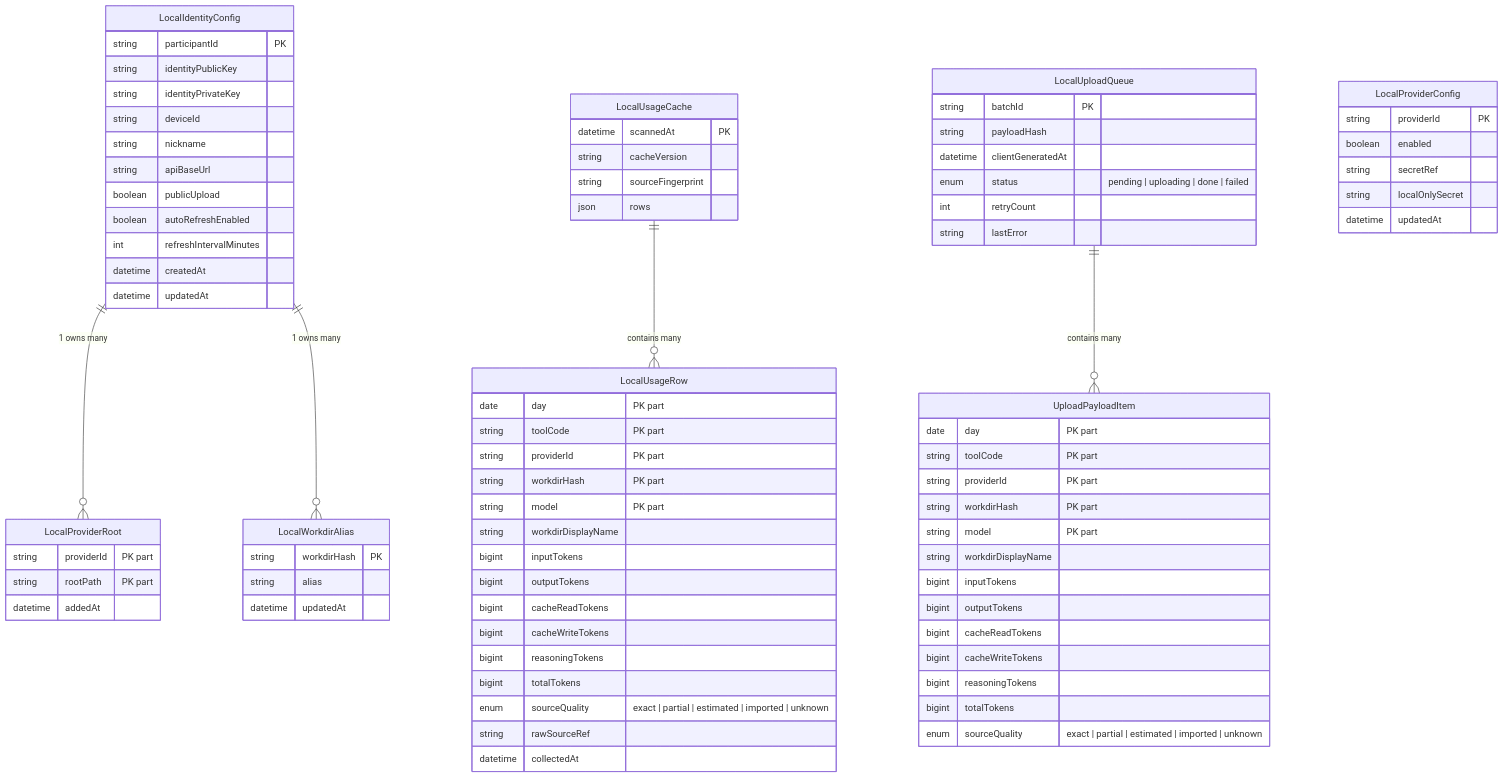
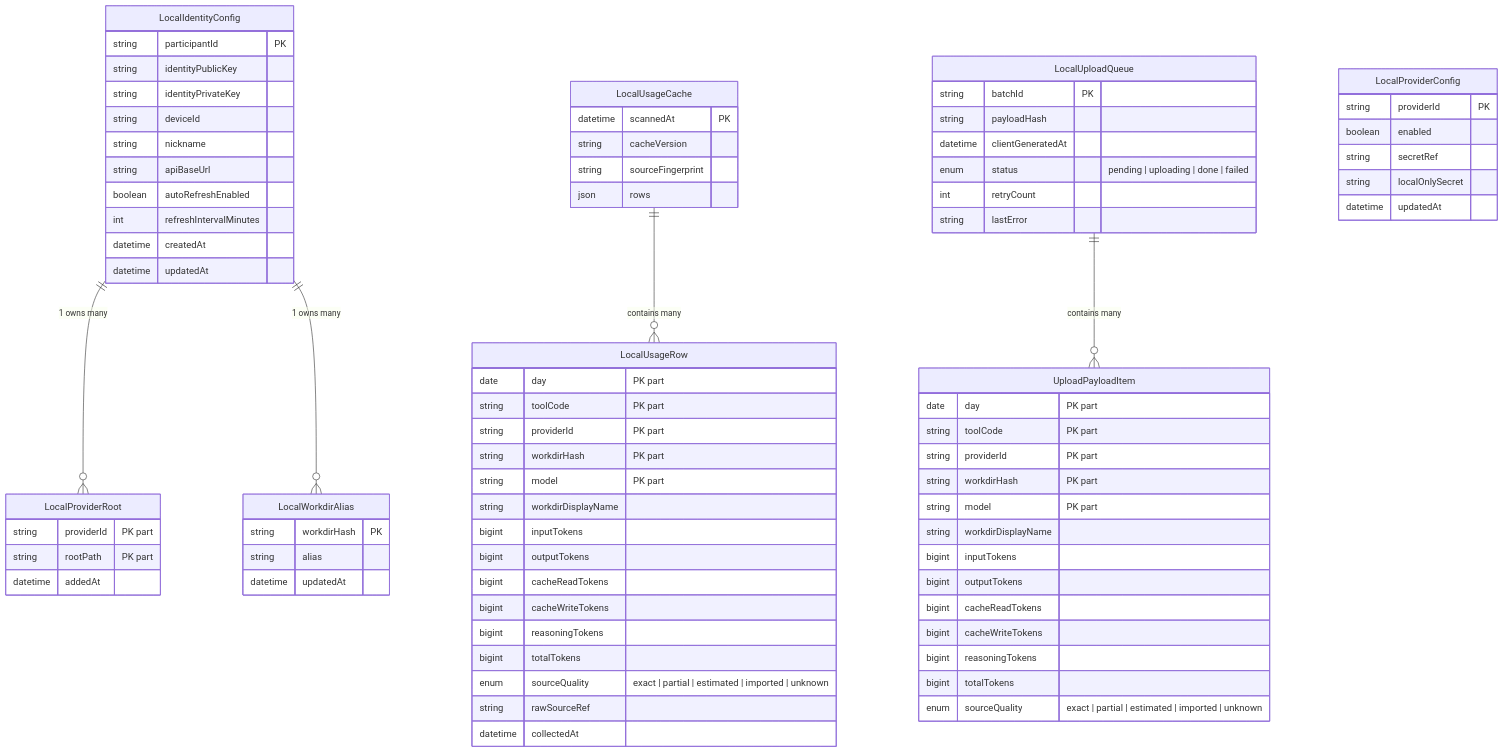
One commit to SKYhuangjing/ai-token-league changed the second of 4 diagrams in doc/er-diagram.md. Above: the diagram before and after it, drawn with Mermaid. The commit also changed 9 other files, not shown here.

First line of the commit message:
feat: add language preset and remove publicUpload

```diff
--- a/doc/er-diagram.md
+++ b/doc/er-diagram.md
@@ -120,7 +120,6 @@
         string deviceId
         string nickname
         string apiBaseUrl
-        boolean publicUpload
         boolean autoRefreshEnabled
         int refreshIntervalMinutes
         datetime createdAt
```
